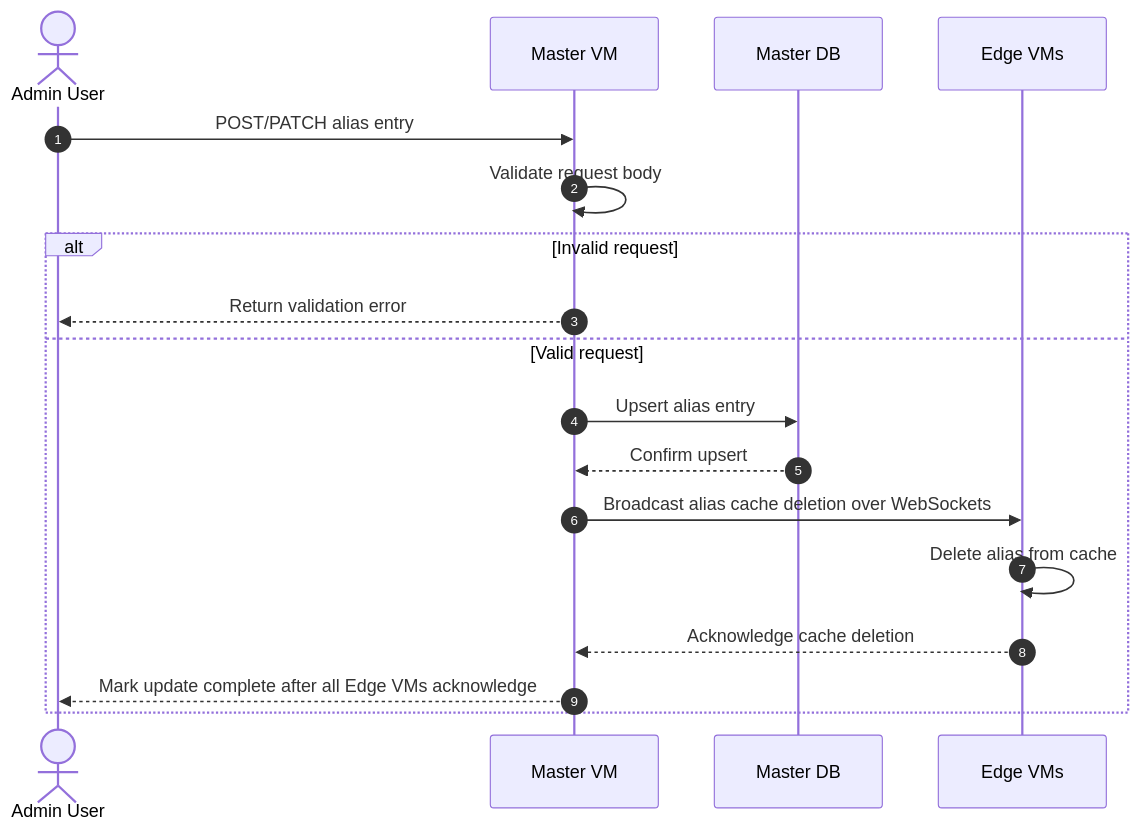
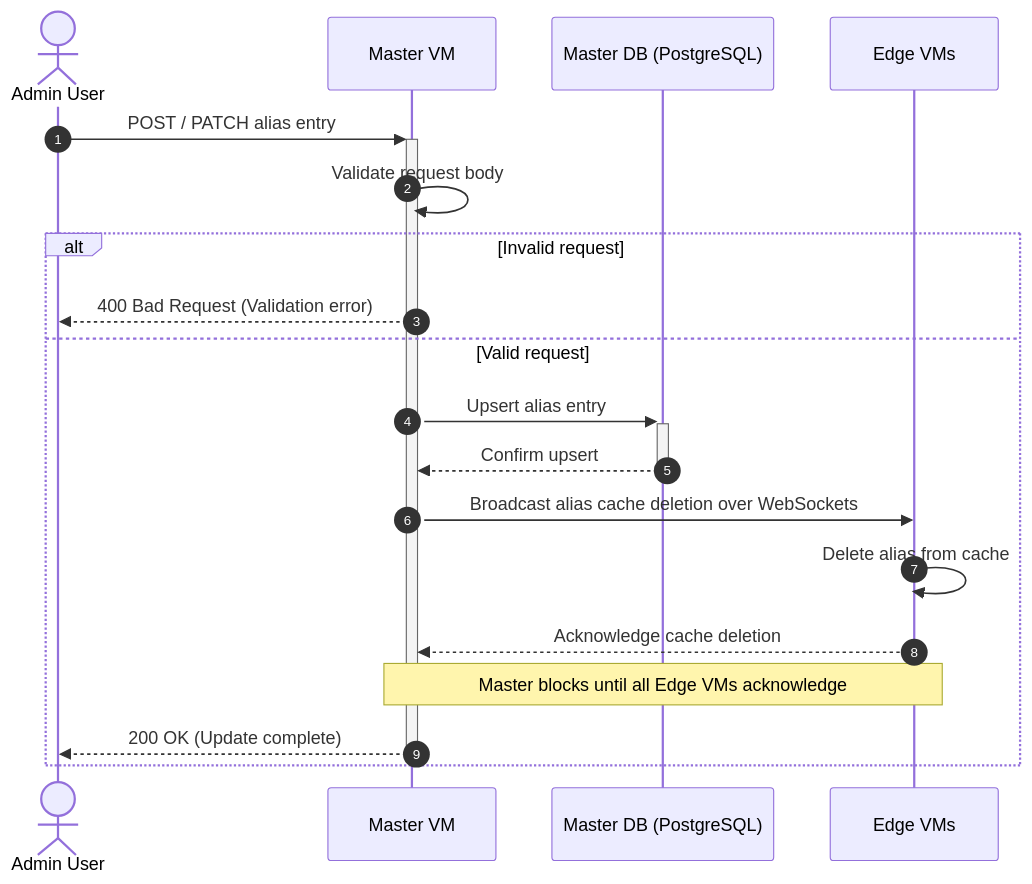
One commit to AyushmanTripathy/url-shortener changed the eighth of 8 diagrams in Readme.md. Above: the diagram before and after it, drawn with Mermaid. The commit also changed other lines of this file, not shown here.

Commit message:
chore: Updated revision 3 diagrams

````diff
--- a/Readme.md
+++ b/Readme.md
@@ -212,21 +374,22 @@
 ```mermaid
 sequenceDiagram
     autonumber
     actor Admin as Admin User
     participant Master as Master VM
-    participant DB as Master DB
+    participant DB as Master DB (PostgreSQL)
     participant Edge as Edge VMs
 
-    Admin->>Master: POST/PATCH alias entry
+    Admin->>+Master: POST / PATCH alias entry
     Master->>Master: Validate request body
     alt Invalid request
-        Master-->>Admin: Return validation error
+        Master-->>Admin: 400 Bad Request (Validation error)
     else Valid request
-        Master->>DB: Upsert alias entry
-        DB-->>Master: Confirm upsert
+        Master->>+DB: Upsert alias entry
+        DB-->>-Master: Confirm upsert
         Master->>Edge: Broadcast alias cache deletion over WebSockets
         Edge->>Edge: Delete alias from cache
         Edge-->>Master: Acknowledge cache deletion
-        Master-->>Admin: Mark update complete after all Edge VMs acknowledge
+        Note over Master,Edge: Master blocks until all Edge VMs acknowledge
+        Master-->>-Admin: 200 OK (Update complete)
     end
 ```
````
